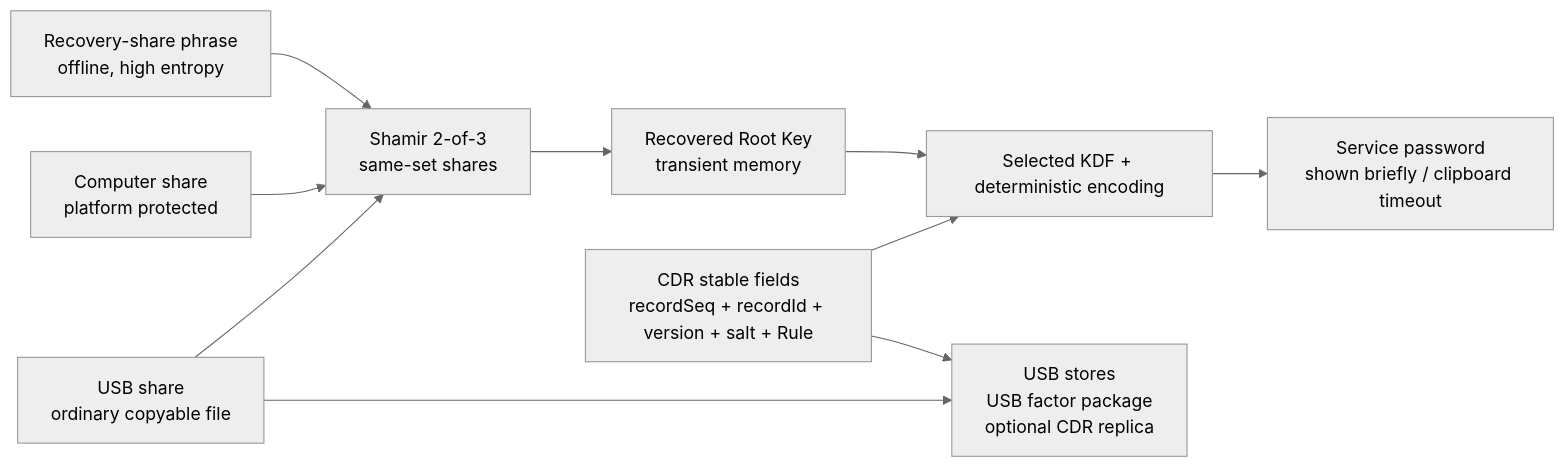
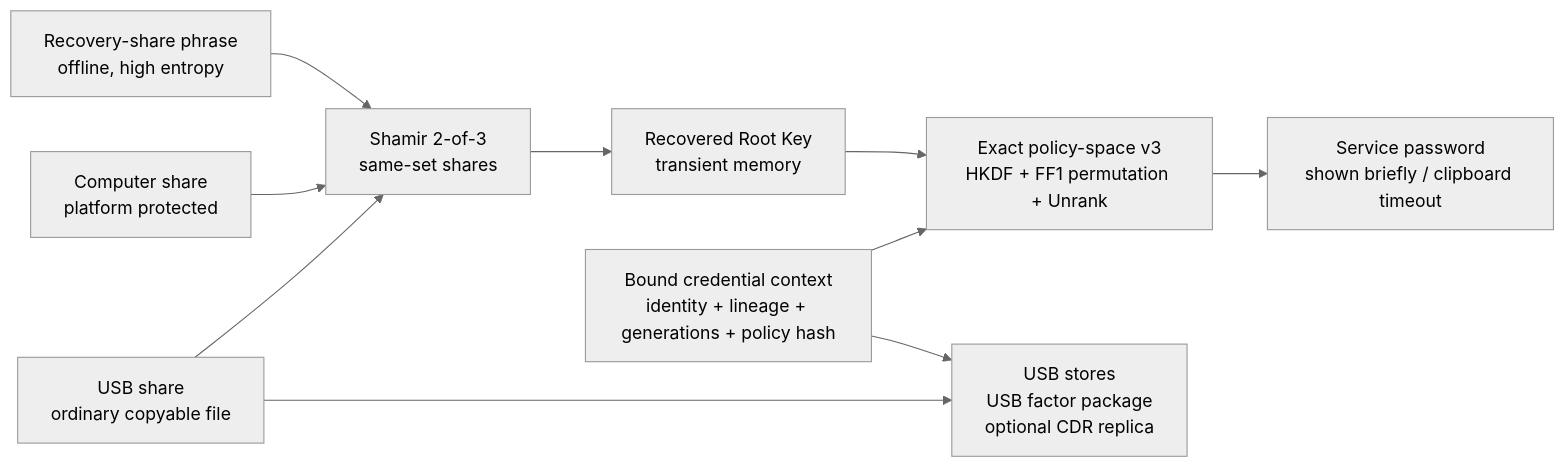
The diagram in README.md (ferrarif1/KeyLessPass), drawn with Mermaid (neutral theme) before and after one commit. The commit also changed other lines of this file and 2098 other files, not shown here.

````diff
--- a/README.md
+++ b/README.md
@@ -117,12 +119,12 @@
 ```mermaid
 flowchart LR
     M["Recovery-share phrase<br/>offline, high entropy"] --> R["Shamir 2-of-3<br/>same-set shares"]
     FC["Computer share<br/>platform protected"] --> R
     FU["USB share<br/>ordinary copyable file"] --> R
     R --> KM["Recovered Root Key<br/>transient memory"]
-    KM --> D["Selected KDF + deterministic encoding"]
-    C["CDR stable fields<br/>recordSeq + recordId + version + salt + Rule"] --> D
+    KM --> D["Exact policy-space v3<br/>HKDF + FF1 permutation + Unrank"]
+    C["Bound credential context<br/>identity + lineage + generations + policy hash"] --> D
     D --> P["Service password<br/>shown briefly / clipboard timeout"]
     FU --> U["USB stores<br/>USB factor package<br/>optional CDR replica<br/"]
     C --> U
 ```
````
